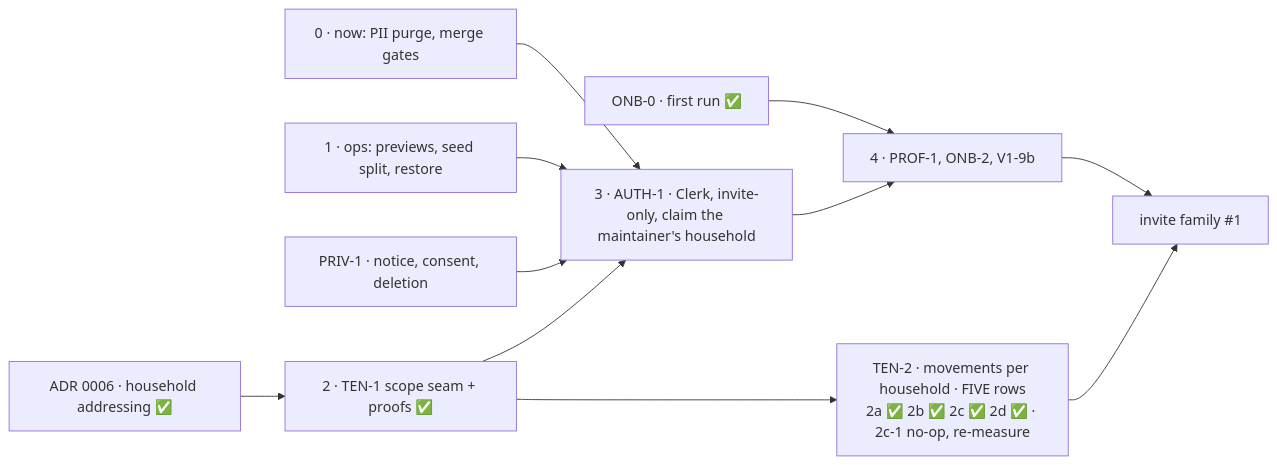
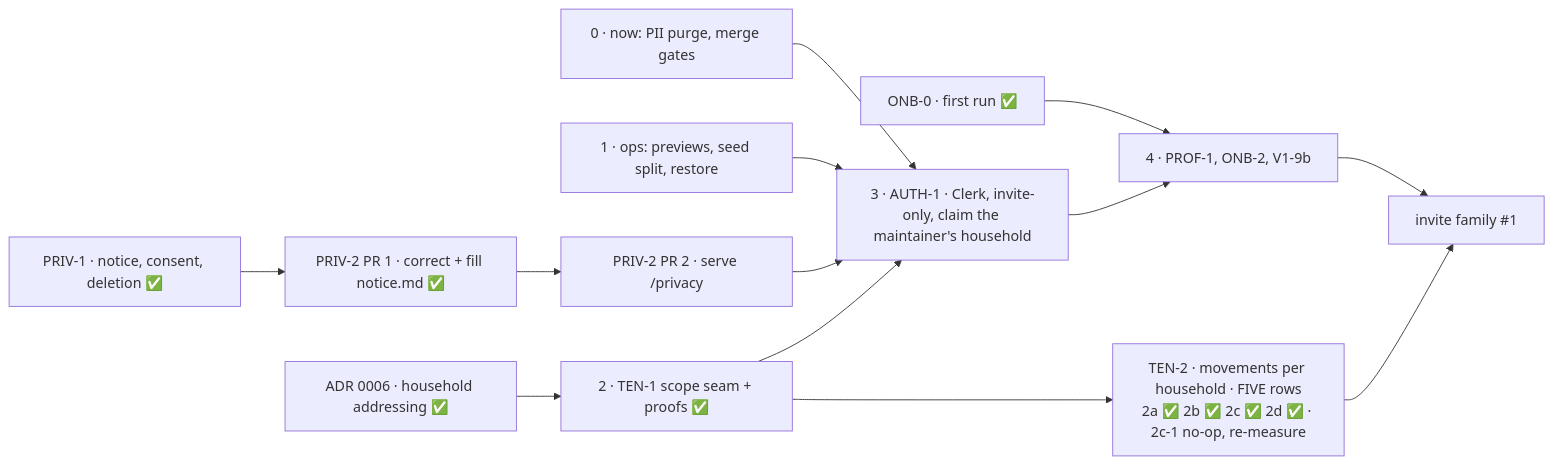
The diagram in docs/milestones/beta-1.md (ralamode/mat-plan), drawn with Mermaid before and after one commit. The commit also changed 30 other files, not shown here.

First line of the commit message:
feat(priv-2): serve the privacy notice at /privacy (#291)

````diff
--- a/docs/milestones/beta-1.md
+++ b/docs/milestones/beta-1.md
@@ -77,13 +77,15 @@
 ```mermaid
 flowchart LR
   N[0 · now: PII purge, merge gates] --> AU
   O[1 · ops: previews, seed split, restore] --> AU
   ONB[ONB-0 · first run ✅] --> S
-  PRIV[PRIV-1 · notice, consent, deletion] --> AU
+  PRIV[PRIV-1 · notice, consent, deletion ✅] --> P1[PRIV-2 PR 1 · correct + fill notice.md ✅]
+  P1 --> P2[PRIV-2 PR 2 · serve /privacy]
+  P2 --> AU
   C[ADR 0006 · household addressing ✅] --> T[2 · TEN-1 scope seam + proofs ✅]
   T --> AU[3 · AUTH-1 · Clerk, invite-only, claim the maintainer's household]
   T --> T2[TEN-2 · movements per household · FIVE rows<br/>2a ✅ 2b ✅ 2c ✅ 2d ✅ · 2c-1 no-op, re-measure]
   AU --> S[4 · PROF-1, ONB-2, V1-9b]
   S --> I[invite family #1]
   T2 --> I
 ```
````
